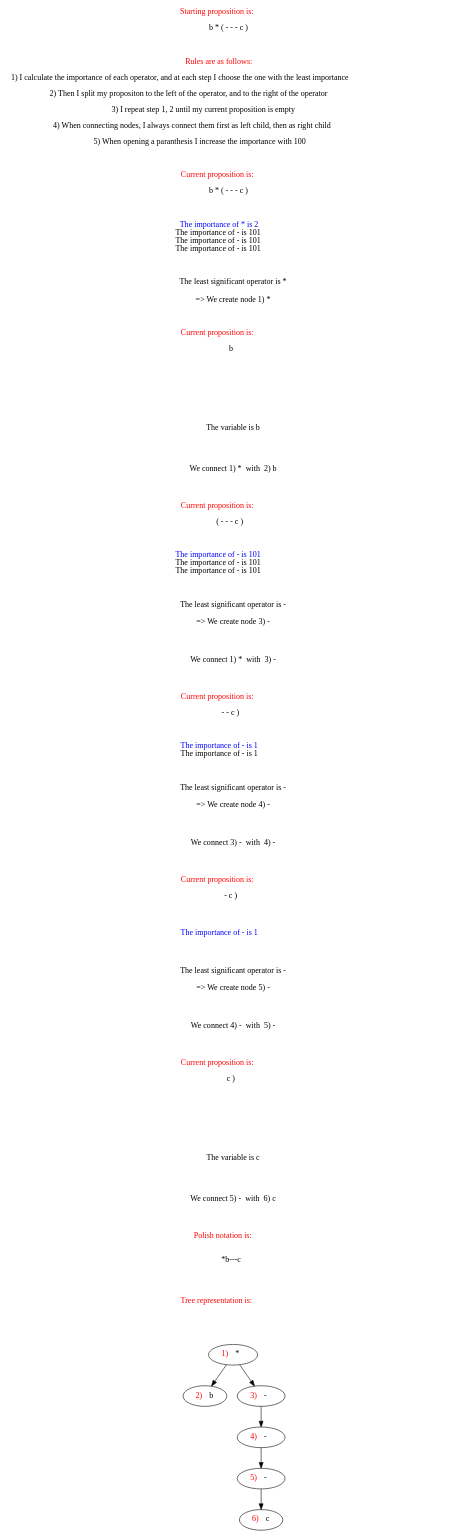
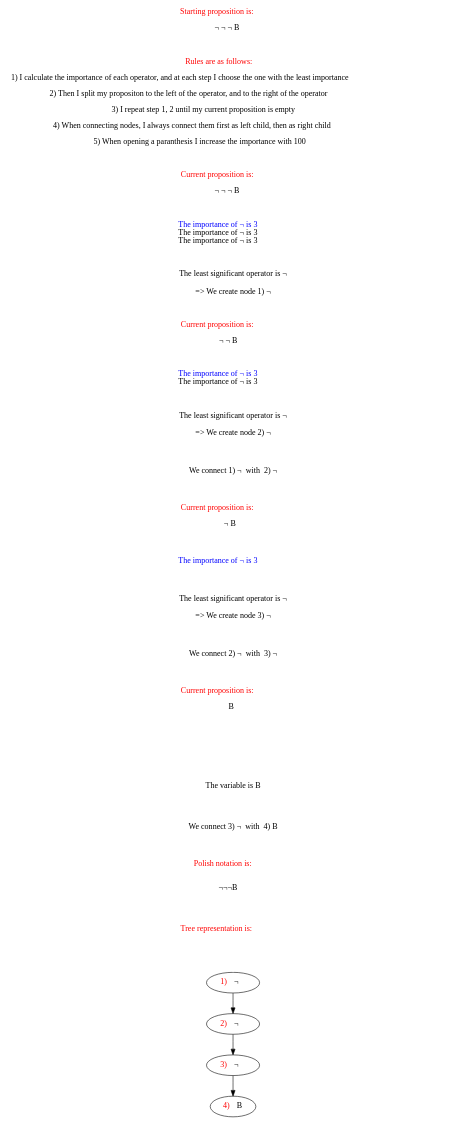
The diagram in doctest-owutput/polish-notation.gv (Lucky13forever/Polish-Notation), drawn with Graphviz before and after one commit. The commit also changed 3 other files, not shown here.

```diff
--- a/doctest-owutput/polish-notation.gv
+++ b/doctest-owutput/polish-notation.gv
@@ -1,76 +1,54 @@
 // Polish Notation
 digraph {
-	text_3 [label=<<FONT COLOR="RED" SIZE="100"> Current proposition is: </FONT>  <BR/> <BR/> b * ( - - - c )> shape=plaintext]
-	text_4 [label=<<FONT COLOR="BLUE"> The importance of * is 2 </FONT> <BR/><FONT COLOR="BLACK"> The importance of - is 101 </FONT> <BR/><FONT COLOR="BLACK"> The importance of - is 101 </FONT> <BR/><FONT COLOR="BLACK"> The importance of - is 101 </FONT> <BR/>> shape=plaintext]
-	1 [label=< <FONT COLOR="RED"> 1) </FONT> *  >]
-	text_5 [label="The least significant operator is * 
+	text_3 [label=<<FONT COLOR="RED" SIZE="100"> Current proposition is: </FONT>  <BR/> <BR/> ¬ ¬ ¬ B> shape=plaintext]
+	text_4 [label=<<FONT COLOR="BLUE"> The importance of ¬ is 3 </FONT> <BR/><FONT COLOR="BLACK"> The importance of ¬ is 3 </FONT> <BR/><FONT COLOR="BLACK"> The importance of ¬ is 3 </FONT> <BR/>> shape=plaintext]
+	1 [label=< <FONT COLOR="RED"> 1) </FONT> ¬  >]
+	text_5 [label="The least significant operator is ¬ 
  
- => We create node 1) *" shape=plaintext]
-	text_6 [label=<<FONT COLOR="RED" SIZE="100"> Current proposition is: </FONT>  <BR/> <BR/> b> shape=plaintext]
-	text_7 [label=<> shape=plaintext]
-	text_8 [label="The variable is b" shape=plaintext]
-	text_9 [label="We connect 1) *  with  2) b" shape=plaintext]
-	2 [label=< <FONT COLOR="RED"> 2) </FONT> b>]
-	text_10 [label=<<FONT COLOR="RED" SIZE="100"> Current proposition is: </FONT>  <BR/> <BR/> ( - - - c )> shape=plaintext]
-	text_11 [label=<<FONT COLOR="BLUE"> The importance of - is 101 </FONT> <BR/><FONT COLOR="BLACK"> The importance of - is 101 </FONT> <BR/><FONT COLOR="BLACK"> The importance of - is 101 </FONT> <BR/>> shape=plaintext]
-	3 [label=< <FONT COLOR="RED"> 3) </FONT> -  >]
-	text_12 [label="The least significant operator is - 
+ => We create node 1) ¬" shape=plaintext]
+	text_6 [label=<<FONT COLOR="RED" SIZE="100"> Current proposition is: </FONT>  <BR/> <BR/> ¬ ¬ B> shape=plaintext]
+	text_7 [label=<<FONT COLOR="BLUE"> The importance of ¬ is 3 </FONT> <BR/><FONT COLOR="BLACK"> The importance of ¬ is 3 </FONT> <BR/>> shape=plaintext]
+	2 [label=< <FONT COLOR="RED"> 2) </FONT> ¬  >]
+	text_8 [label="The least significant operator is ¬ 
  
- => We create node 3) -" shape=plaintext]
-	text_13 [label="We connect 1) *  with  3) -" shape=plaintext]
-	text_14 [label=<<FONT COLOR="RED" SIZE="100"> Current proposition is: </FONT>  <BR/> <BR/> - - c )> shape=plaintext]
-	text_15 [label=<<FONT COLOR="BLUE"> The importance of - is 1 </FONT> <BR/><FONT COLOR="BLACK"> The importance of - is 1 </FONT> <BR/>> shape=plaintext]
-	4 [label=< <FONT COLOR="RED"> 4) </FONT> -  >]
-	text_16 [label="The least significant operator is - 
+ => We create node 2) ¬" shape=plaintext]
+	text_9 [label="We connect 1) ¬  with  2) ¬" shape=plaintext]
+	text_10 [label=<<FONT COLOR="RED" SIZE="100"> Current proposition is: </FONT>  <BR/> <BR/> ¬ B> shape=plaintext]
+	text_11 [label=<<FONT COLOR="BLUE"> The importance of ¬ is 3 </FONT> <BR/>> shape=plaintext]
+	3 [label=< <FONT COLOR="RED"> 3) </FONT> ¬  >]
+	text_12 [label="The least significant operator is ¬ 
  
- => We create node 4) -" shape=plaintext]
-	text_17 [label="We connect 3) -  with  4) -" shape=plaintext]
-	text_18 [label=<<FONT COLOR="RED" SIZE="100"> Current proposition is: </FONT>  <BR/> <BR/> - c )> shape=plaintext]
-	text_19 [label=<<FONT COLOR="BLUE"> The importance of - is 1 </FONT> <BR/>> shape=plaintext]
-	5 [label=< <FONT COLOR="RED"> 5) </FONT> -  >]
-	text_20 [label="The least significant operator is - 
- 
- => We create node 5) -" shape=plaintext]
-	text_21 [label="We connect 4) -  with  5) -" shape=plaintext]
-	text_22 [label=<<FONT COLOR="RED" SIZE="100"> Current proposition is: </FONT>  <BR/> <BR/> c )> shape=plaintext]
-	text_23 [label=<> shape=plaintext]
-	text_24 [label="The variable is c" shape=plaintext]
-	text_25 [label="We connect 5) -  with  6) c" shape=plaintext]
-	6 [label=< <FONT COLOR="RED"> 6) </FONT> c>]
+ => We create node 3) ¬" shape=plaintext]
+	text_13 [label="We connect 2) ¬  with  3) ¬" shape=plaintext]
+	text_14 [label=<<FONT COLOR="RED" SIZE="100"> Current proposition is: </FONT>  <BR/> <BR/> B> shape=plaintext]
+	text_15 [label=<> shape=plaintext]
+	text_16 [label="The variable is B" shape=plaintext]
+	text_17 [label="We connect 3) ¬  with  4) B" shape=plaintext]
+	4 [label=< <FONT COLOR="RED"> 4) </FONT> B>]
 	1 -> 2
-	1 -> 3
+	2 -> 3
 	3 -> 4
-	4 -> 5
-	5 -> 6
-	text_1 [label=<<FONT COLOR="RED" SIZE="100"> Starting proposition is: </FONT>  <BR/> <BR/> b * ( - - - c )> shape=plaintext]
+	text_1 [label=<<FONT COLOR="RED" SIZE="100"> Starting proposition is: </FONT>  <BR/> <BR/> ¬ ¬ ¬ B> shape=plaintext]
 	text_2 [label=<<FONT COLOR="RED" SIZE="100"> Rules are as follows: </FONT>  <BR/> <BR/> 1) I calculate the importance of each operator, and at each step I choose the one with the least importance  <BR/> <BR/> 2) Then I split my propositon to the left of the operator, and to the right of the operator  <BR/> <BR/> 3) I repeat step 1, 2 until my current proposition is empty <BR/> <BR/> 4) When connecting nodes, I always connect them first as left child, then as right child <BR/> <BR/> 5) When opening a paranthesis I increase the importance with 100 > shape=plaintext]
-	text_26 [label=<<FONT COLOR="RED" SIZE="100"> Polish notation is: <BR/> <BR/> <BR/> </FONT> *b---c <BR/> > shape=plaintext]
-	text_27 [label=<<FONT COLOR="RED" SIZE="100"> Tree representation is: </FONT>  <BR/> <BR/> > shape=plaintext]
+	text_18 [label=<<FONT COLOR="RED" SIZE="100"> Polish notation is: <BR/> <BR/> <BR/> </FONT> ¬¬¬B <BR/> > shape=plaintext]
+	text_19 [label=<<FONT COLOR="RED" SIZE="100"> Tree representation is: </FONT>  <BR/> <BR/> > shape=plaintext]
 	text_1 -> text_2 [label="" color=white]
 	text_2 -> text_3 [label="" color=white]
 	text_3 -> text_4 [label="" color=white]
 	text_4 -> text_5 [label="" color=white]
 	text_5 -> text_6 [label="" color=white]
 	text_6 -> text_7 [label="" color=white]
 	text_7 -> text_8 [label="" color=white]
 	text_8 -> text_9 [label="" color=white]
 	text_9 -> text_10 [label="" color=white]
 	text_10 -> text_11 [label="" color=white]
 	text_11 -> text_12 [label="" color=white]
 	text_12 -> text_13 [label="" color=white]
 	text_13 -> text_14 [label="" color=white]
 	text_14 -> text_15 [label="" color=white]
 	text_15 -> text_16 [label="" color=white]
 	text_16 -> text_17 [label="" color=white]
 	text_17 -> text_18 [label="" color=white]
 	text_18 -> text_19 [label="" color=white]
-	text_19 -> text_20 [label="" color=white]
-	text_20 -> text_21 [label="" color=white]
-	text_21 -> text_22 [label="" color=white]
-	text_22 -> text_23 [label="" color=white]
-	text_23 -> text_24 [label="" color=white]
-	text_24 -> text_25 [label="" color=white]
-	text_25 -> text_26 [label="" color=white]
-	text_26 -> text_27 [label="" color=white]
-	text_27 -> 1 [label="" color=white]
+	text_19 -> 1 [label="" color=white]
 }
```
